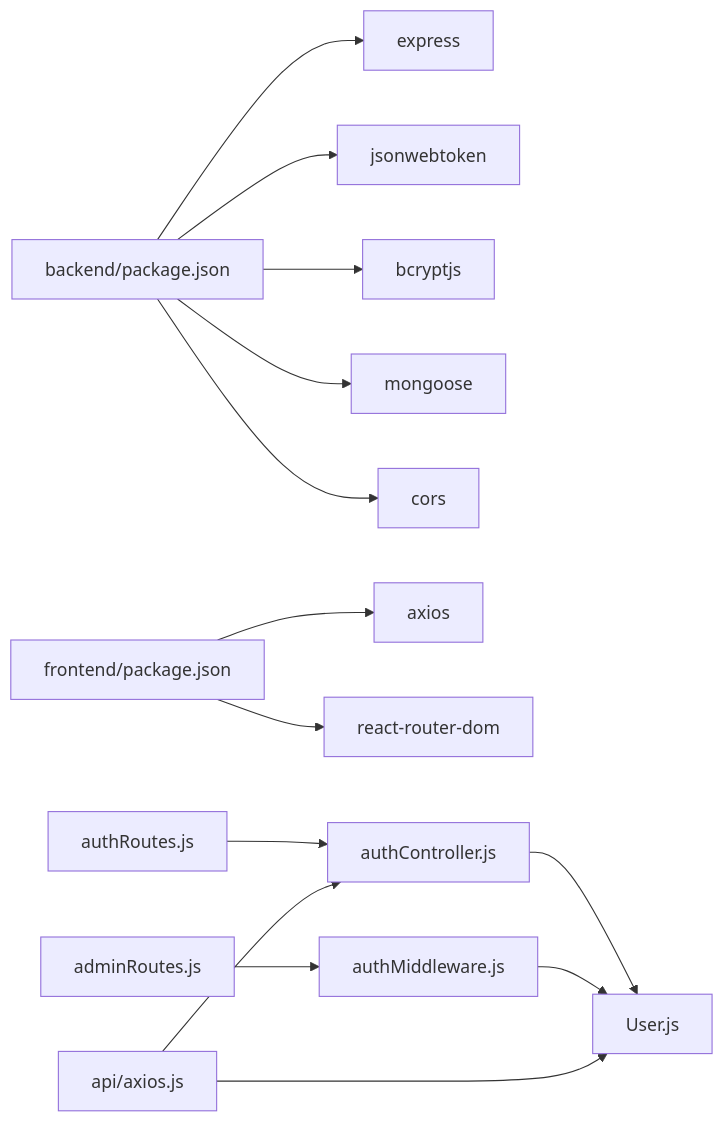
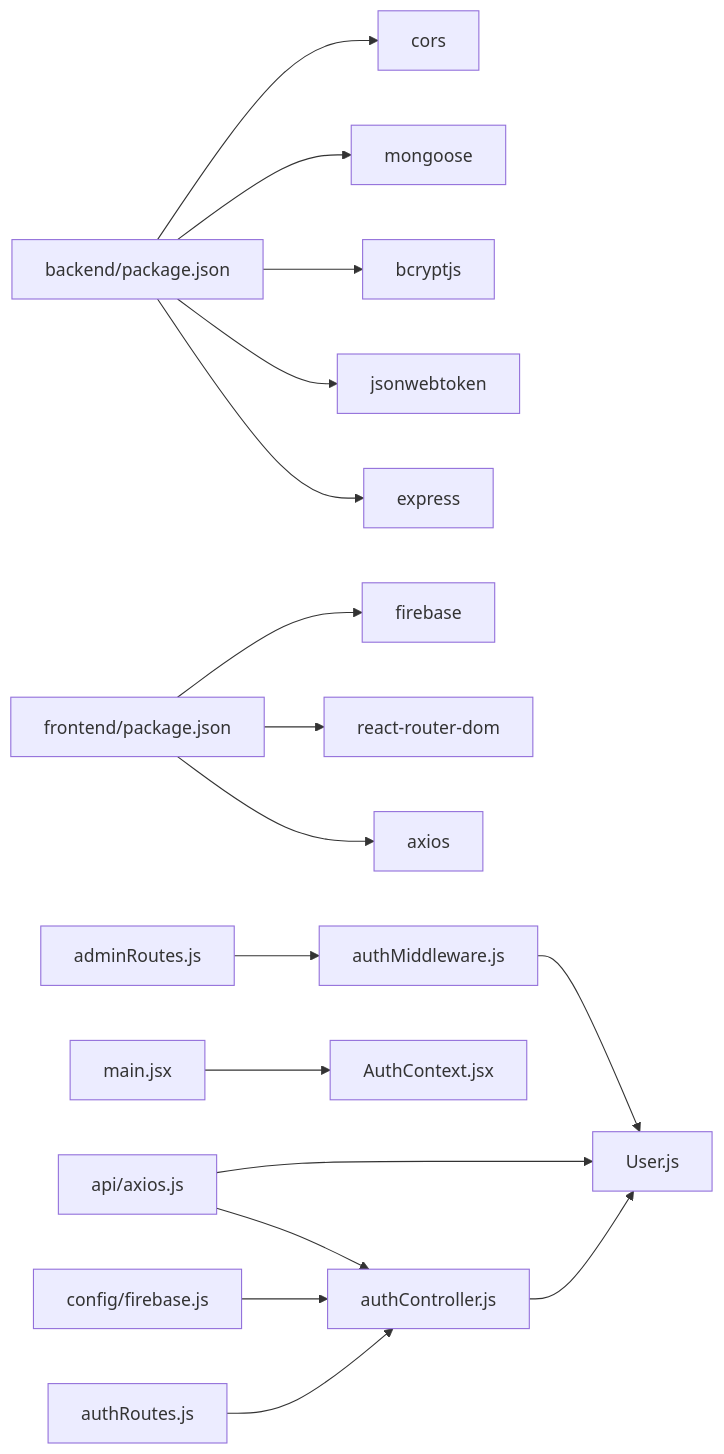
The seventh of 7 diagrams in .qoder/repowiki/en/content/Authentication & Authorization/Authentication & Authorization.md (Pavan-PSPK9032/TrendsandToss), drawn with Mermaid before and after one commit. The commit also changed other lines of this file and 5 other files, not shown here.

````diff
--- a/.qoder/repowiki/en/content/Authentication & Authorization/Authentication & Authorization.md
+++ b/.qoder/repowiki/en/content/Authentication & Authorization/Authentication & Authorization.md
@@ -295,16 +373,19 @@
 ```mermaid
 graph LR
 PkgB["backend/package.json"] --> EXP["express"]
 PkgB --> JWT["jsonwebtoken"]
 PkgB --> BC["bcryptjs"]
 PkgB --> MNG["mongoose"]
 PkgB --> CRS["cors"]
 PkgF["frontend/package.json"] --> AX["axios"]
 PkgF --> RRD["react-router-dom"]
+PkgF --> FB["firebase"]
 AR["authRoutes.js"] --> AC["authController.js"]
 ADMR["adminRoutes.js"] --> AMW["authMiddleware.js"]
 AC --> UM["User.js"]
 AMW --> UM
 AXI["api/axios.js"] --> AC
 AXI --> UM
+FC["config/firebase.js"] --> AC
+MAIN["main.jsx"] --> CTX["AuthContext.jsx"]
 ```
````
